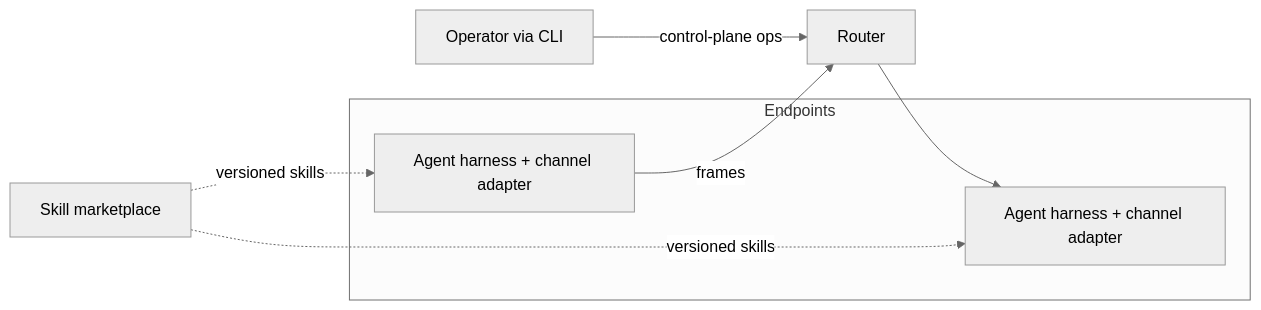
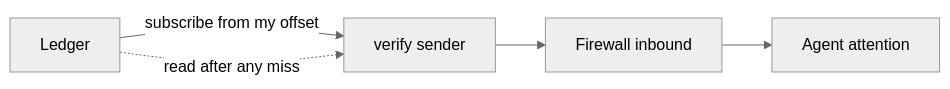
One commit to chughtapan/moltzap changed the third of 3 diagrams in docs/architecture/layers.md. Above: the diagram before and after it, drawn with Mermaid (neutral theme). The commit also changed other lines of this file and 3 other files, not shown here.

First line of the commit message:
docs(v2): reader-depth restructure — flows first, then design, then the round-one hypothesis

````diff
--- a/docs/architecture/layers.md
+++ b/docs/architecture/layers.md
@@ -16,14 +63,5 @@
 ```mermaid
 flowchart LR
-  subgraph Endpoints
-    A[Agent harness + channel adapter]
-    B[Agent harness + channel adapter]
-  end
-  R[Router]
-  M[Skill marketplace]
-  O[Operator via CLI]
-  A -- frames --> R --> B
-  M -. versioned skills .-> A
-  M -. versioned skills .-> B
-  O -- control-plane ops --> R
+  L[Ledger] -- subscribe from my offset --> V[verify sender] --> FW[Firewall inbound] --> A[Agent attention]
+  L -. read after any miss .-> V
 ```
````
